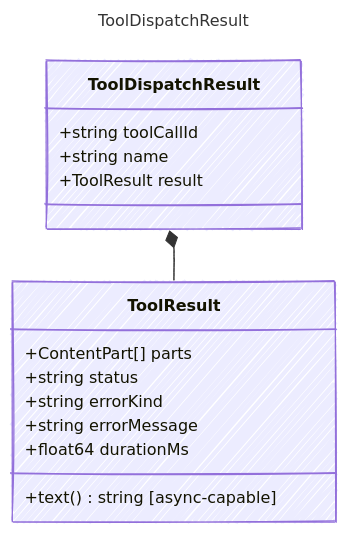
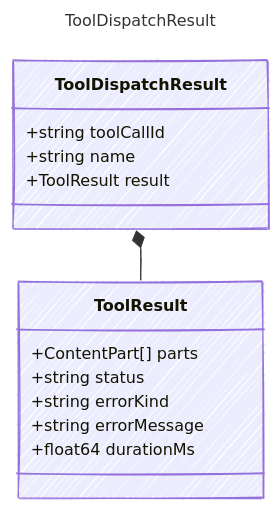
The diagram in web/src/content/docs/reference/ToolDispatchResult.md (microsoft/prompty), drawn with Mermaid before and after one commit. The commit also changed 543 other files, not shown here.

````diff
--- a/web/src/content/docs/reference/ToolDispatchResult.md
+++ b/web/src/content/docs/reference/ToolDispatchResult.md
@@ -14,25 +14,24 @@
 ```mermaid
 ---
 title: ToolDispatchResult
 config:
   look: handDrawn
   theme: colorful
   class:
     hideEmptyMembersBox: true
 ---
 classDiagram
     class ToolDispatchResult {
         +string toolCallId
         +string name
         +ToolResult result
     }
     class ToolResult {
         +ContentPart[] parts
         +string status
         +string errorKind
         +string errorMessage
         +float64 durationMs
-        +text() string [async-capable]
     }
     ToolDispatchResult *-- ToolResult
 ```
````
